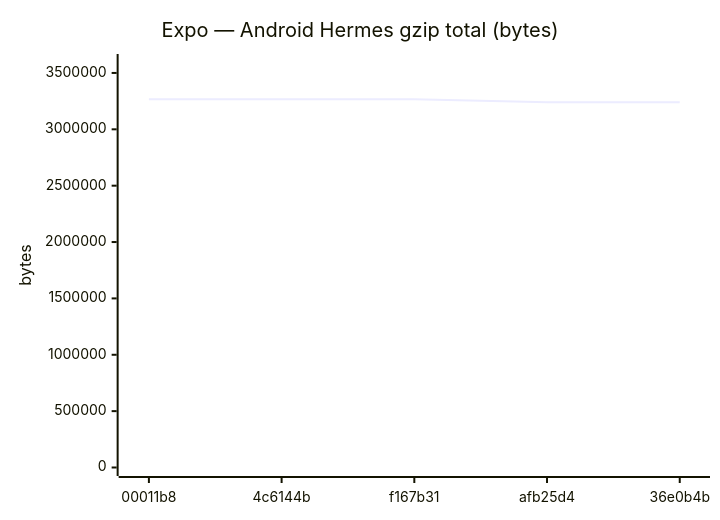
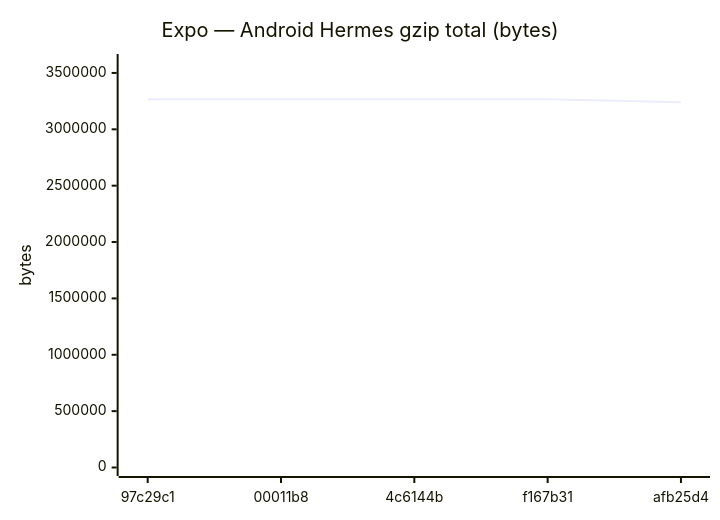
One commit to Metaheurist/Rianell changed diagram 11 of 18 in benchmarks/compare.md. Above: the diagram before and after it, drawn with Mermaid. The commit also changed other lines of this file and 11 other files, not shown here.

````diff
--- a/benchmarks/compare.md
+++ b/benchmarks/compare.md
@@ -172,7 +172,7 @@
 ```mermaid
 xychart-beta
     title "Expo — Android Hermes gzip total (bytes)"
-    x-axis ["00011b8", "4c6144b", "f167b31", "afb25d4", "36e0b4b"]
+    x-axis ["97c29c1", "00011b8", "4c6144b", "f167b31", "afb25d4"]
     y-axis "bytes" 0 --> 3592704
-    line [3266094, 3266092, 3266093, 3239886, 3240548]
+    line [3266092, 3266094, 3266092, 3266093, 3239886]
 ```
````
